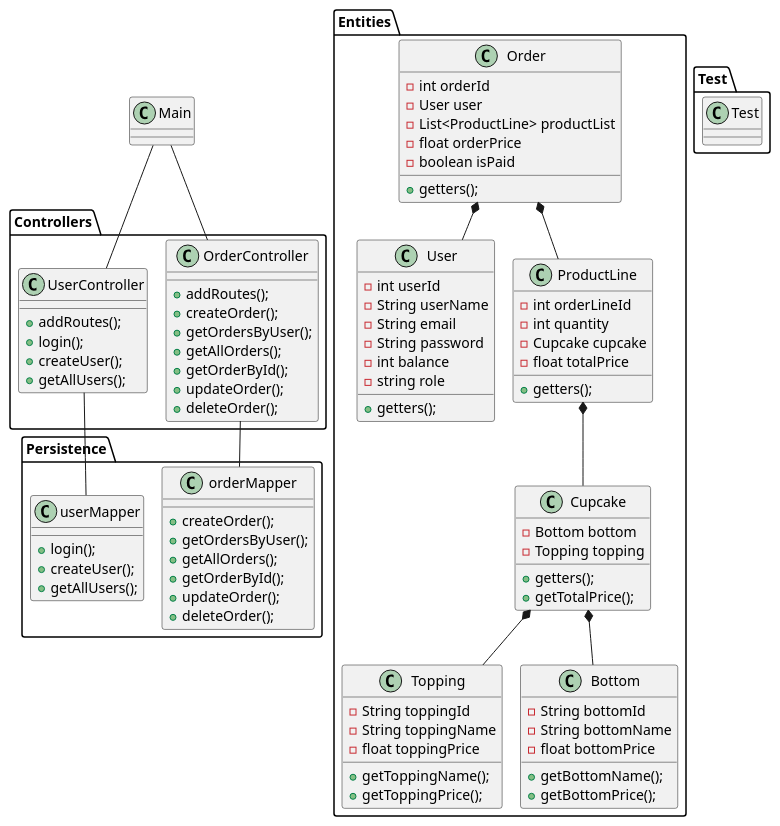
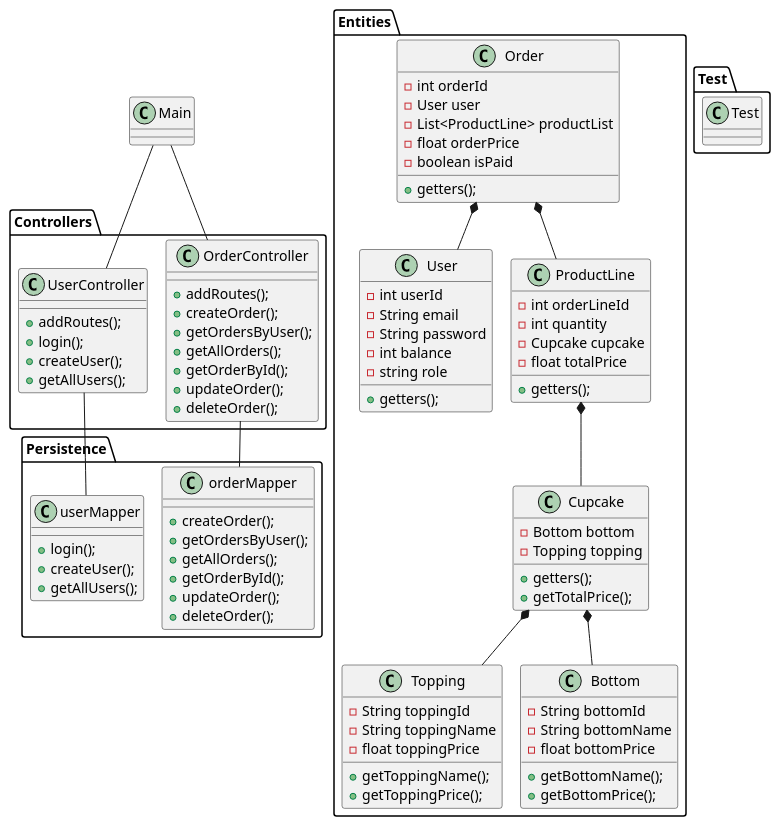
The diagram in Docs/ClassDiagram.puml (NightOwl-M/Cupcake-projekt), drawn with PlantUML before and after one commit.

Commit message:
Opdateret Classdiagram.

```diff
--- a/Docs/ClassDiagram.puml
+++ b/Docs/ClassDiagram.puml
@@ -1,106 +1,105 @@
 @startuml
 !pragma Layout smetana
 
     class Main {
     }
 
 package "Entities" {
     class Cupcake {
     - Bottom bottom
     - Topping topping
     + getters();
     + getTotalPrice();
     }
 
     class Topping {
     - String toppingId
     - String toppingName
     - float toppingPrice
     + getToppingName();
     + getToppingPrice();
     }
 
     class Bottom {
     - String bottomId
     - String bottomName
     - float bottomPrice
     + getBottomName();
     + getBottomPrice();
     }
 
     class User {
     - int userId
-    - String userName
     - String email
     - String password
     - int balance
     - string role
     + getters();
     }
     class ProductLine {
     - int orderLineId
     - int quantity
     - Cupcake cupcake
     - float totalPrice
     + getters();
     }
 
     class Order {
     - int orderId
     - User user
     - List<ProductLine> productList
     - float orderPrice
     - boolean isPaid
     + getters();
     }
 }
 Cupcake *-- Topping
 Cupcake *-- Bottom
 
 package "Persistence" {
     class orderMapper {
     + createOrder();
     + getOrdersByUser();
     + getAllOrders();
     + getOrderById();
     + updateOrder();
     + deleteOrder();
     }
 class userMapper {
     + login();
     + createUser();
     + getAllUsers();
     }
 }
 Order *-- ProductLine
 Order *-- User
 ProductLine *-- Cupcake
 
 package "Controllers" {
     class UserController {
     + addRoutes();
     + login();
     + createUser();
     + getAllUsers();
     }
 
     class OrderController {
     + addRoutes();
     + createOrder();
     + getOrdersByUser();
     + getAllOrders();
     + getOrderById();
     + updateOrder();
     + deleteOrder();
     }
 }
 package "Test" {
     class Test {
     }
 }
 Main -- UserController
 Main -- OrderController
 UserController -- userMapper
 OrderController -- orderMapper
 
 @enduml
```
